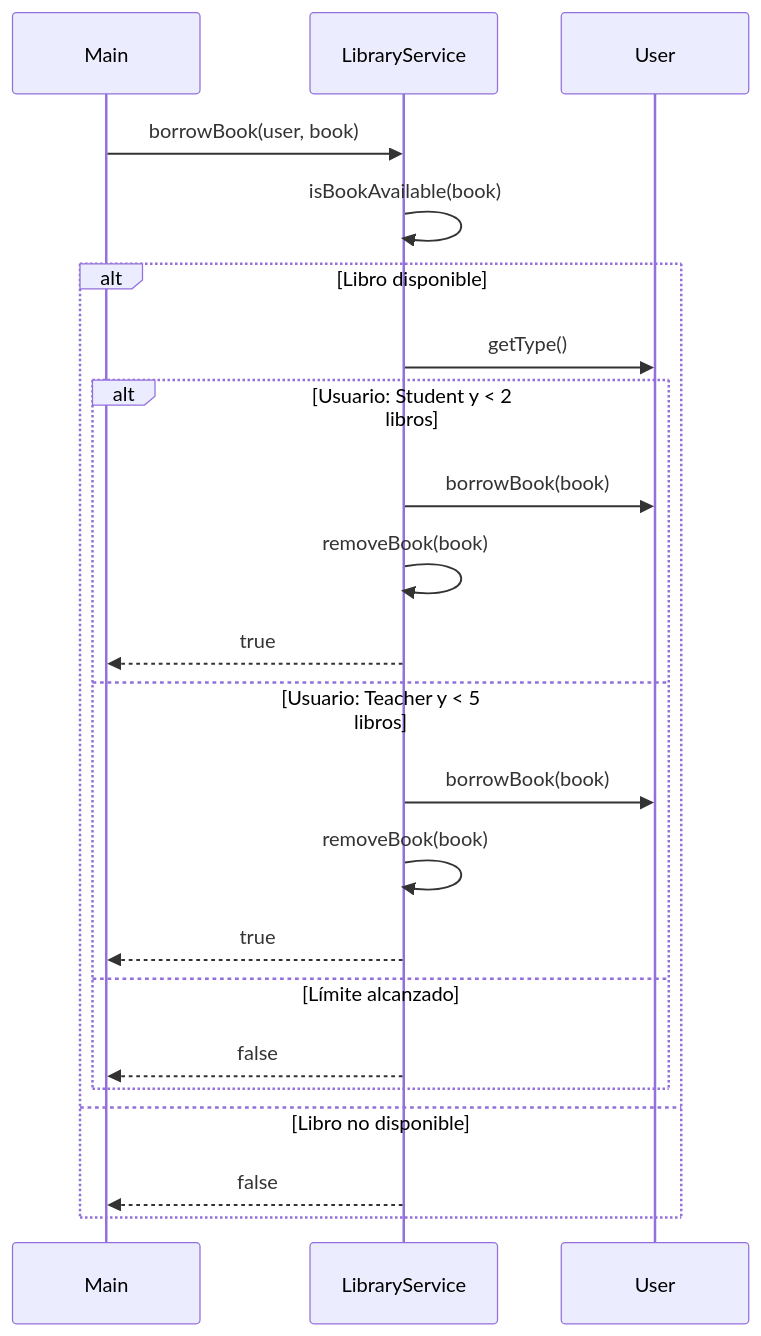
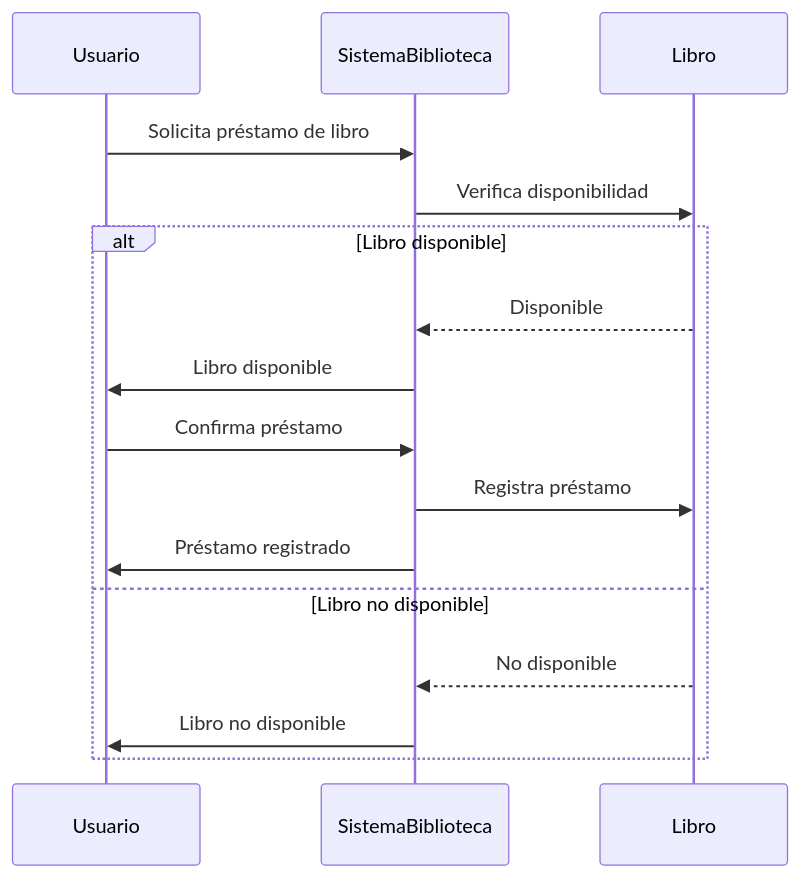
Before and after one commit to joelibaceta/BibliotecaSinArquitectura: the second of 3 diagrams in README.md, drawn with Mermaid. The commit also changed other lines of this file and 18 other files, not shown here.

Commit message:
Resoluacion examen Refactor, diagrama de clases, secuencia y componentes

````diff
--- a/README.md
+++ b/README.md
@@ -121,25 +193,19 @@
 ```mermaid
 sequenceDiagram
-    participant Main
-    participant LibraryService
-    participant User
+    participant Usuario
+    participant SistemaBiblioteca
+    participant Libro
 
-    Main->>LibraryService: borrowBook(user, book)
-    LibraryService->>LibraryService: isBookAvailable(book)
+    Usuario->>SistemaBiblioteca: Solicita préstamo de libro
+    SistemaBiblioteca->>Libro: Verifica disponibilidad
     alt Libro disponible
-        LibraryService->>User: getType()
-        alt Usuario: Student y < 2 libros
-            LibraryService->>User: borrowBook(book)
-            LibraryService->>LibraryService: removeBook(book)
-            LibraryService-->>Main: true
-        else Usuario: Teacher y < 5 libros
-            LibraryService->>User: borrowBook(book)
-            LibraryService->>LibraryService: removeBook(book)
-            LibraryService-->>Main: true
-        else Límite alcanzado
-            LibraryService-->>Main: false
-        end
+        Libro-->>SistemaBiblioteca: Disponible
+        SistemaBiblioteca->>Usuario: Libro disponible
+        Usuario->>SistemaBiblioteca: Confirma préstamo
+        SistemaBiblioteca->>Libro: Registra préstamo
+        SistemaBiblioteca->>Usuario: Préstamo registrado
     else Libro no disponible
-        LibraryService-->>Main: false
+        Libro-->>SistemaBiblioteca: No disponible
+        SistemaBiblioteca->>Usuario: Libro no disponible
     end
 ```
````
